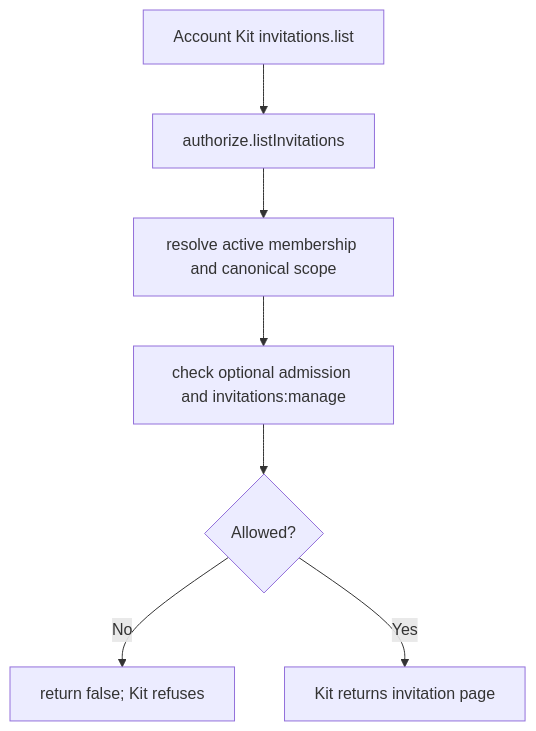
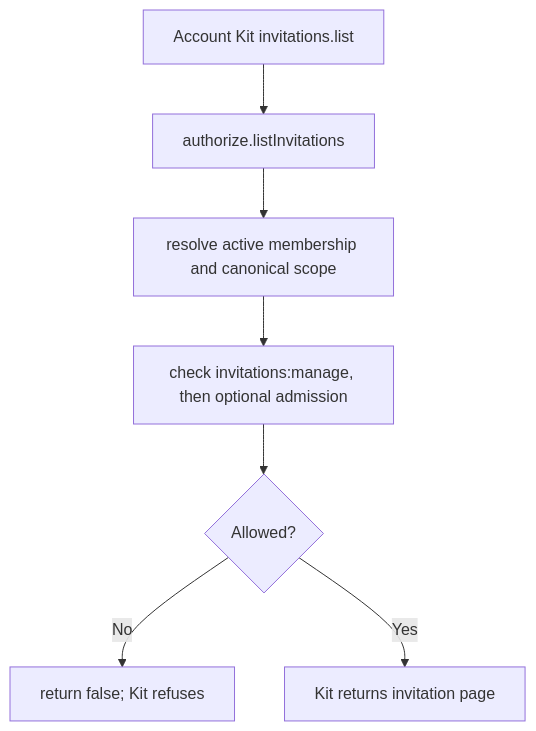
The second of 2 diagrams in user-stories/US-ACCESS-17-manage-pending-invitations.md (Kevinjohn/oss-adonisjs-access-control), drawn with Mermaid before and after one commit. The commit also changed 31 other files, not shown here.

````diff
--- a/user-stories/US-ACCESS-17-manage-pending-invitations.md
+++ b/user-stories/US-ACCESS-17-manage-pending-invitations.md
@@ -31,9 +31,9 @@
 ```mermaid
 flowchart TD
     A["Account Kit invitations.list"] --> B["authorize.listInvitations"]
     B --> C["resolve active membership and canonical scope"]
-    C --> D["check optional admission and invitations:manage"]
+    C --> D["check invitations:manage, then optional admission"]
     D --> E{"Allowed?"}
     E -->|No| F["return false; Kit refuses"]
     E -->|Yes| G["Kit returns invitation page"]
 ```
````
